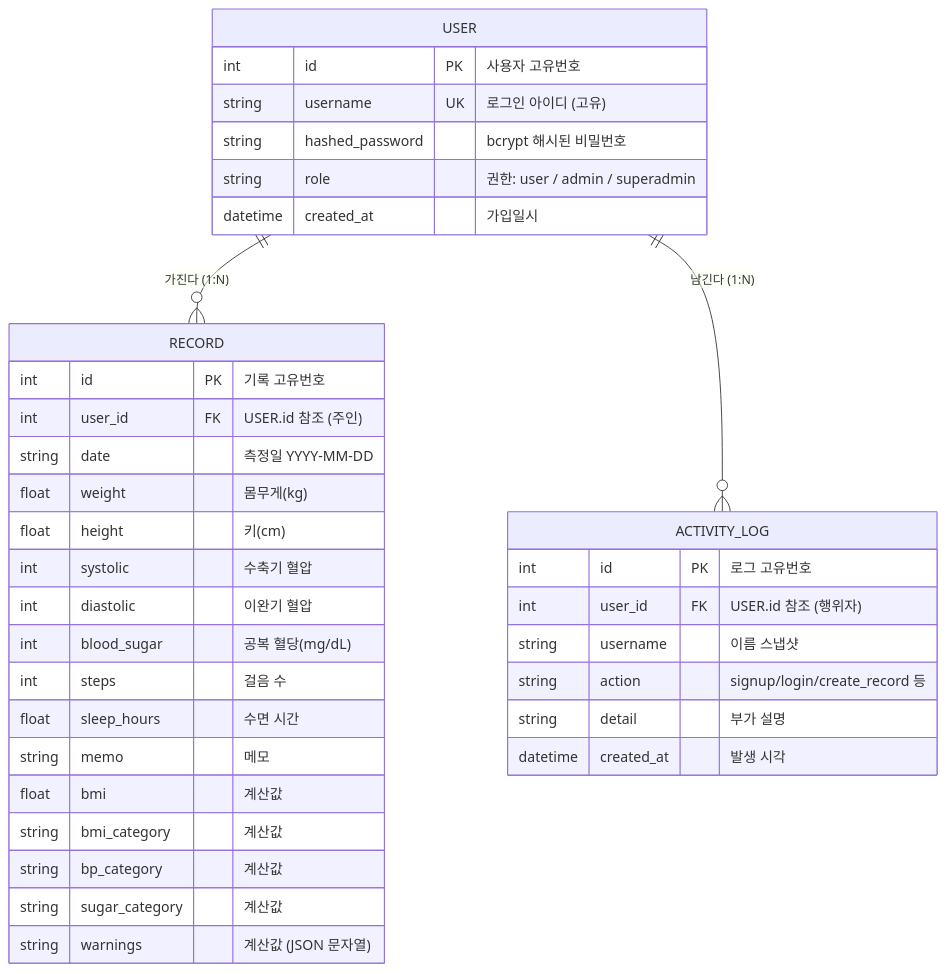
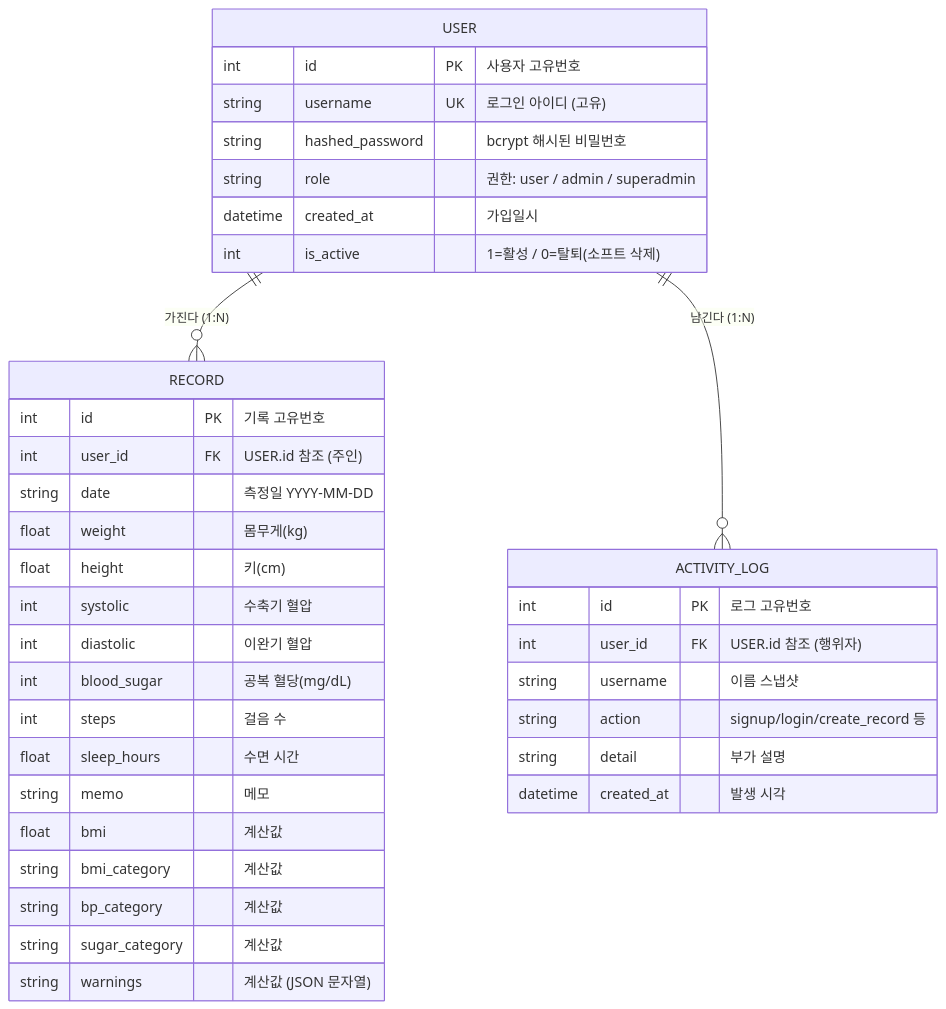
One commit to jeonkooseong-hue/health-log-api changed the diagram in docs/ERD.md. Above: the diagram before and after it, drawn with Mermaid. The commit also changed 5 other files, not shown here.

````diff
--- a/docs/ERD.md
+++ b/docs/ERD.md
@@ -5,41 +5,42 @@
 ```mermaid
 erDiagram
     USER ||--o{ RECORD : "가진다 (1:N)"
     USER ||--o{ ACTIVITY_LOG : "남긴다 (1:N)"
 
     USER {
         int id PK "사용자 고유번호"
         string username UK "로그인 아이디 (고유)"
         string hashed_password "bcrypt 해시된 비밀번호"
         string role "권한: user / admin / superadmin"
         datetime created_at "가입일시"
+        int is_active "1=활성 / 0=탈퇴(소프트 삭제)"
     }
 
     RECORD {
         int id PK "기록 고유번호"
         int user_id FK "USER.id 참조 (주인)"
         string date "측정일 YYYY-MM-DD"
         float weight "몸무게(kg)"
         float height "키(cm)"
         int systolic "수축기 혈압"
         int diastolic "이완기 혈압"
         int blood_sugar "공복 혈당(mg/dL)"
         int steps "걸음 수"
         float sleep_hours "수면 시간"
         string memo "메모"
         float bmi "계산값"
         string bmi_category "계산값"
         string bp_category "계산값"
         string sugar_category "계산값"
         string warnings "계산값 (JSON 문자열)"
     }
 
     ACTIVITY_LOG {
         int id PK "로그 고유번호"
         int user_id FK "USER.id 참조 (행위자)"
         string username "이름 스냅샷"
         string action "signup/login/create_record 등"
         string detail "부가 설명"
         datetime created_at "발생 시각"
     }
 ```
````
